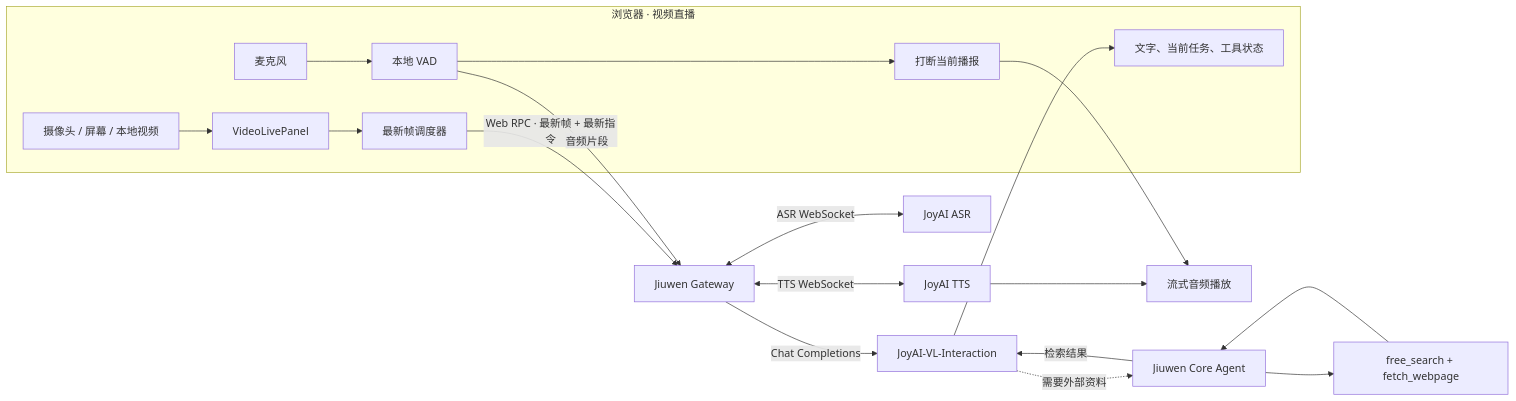
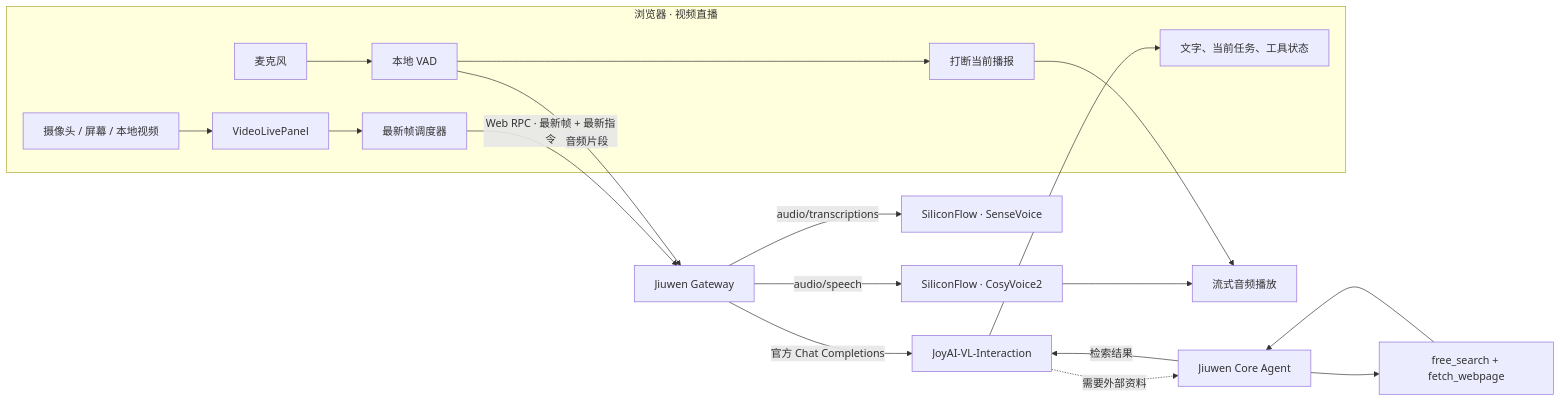
One commit to openJiuwen-ai/jiuwenclaw changed the first of 5 diagrams in docs/zh/视频直播.md. Above: the diagram before and after it, drawn with Mermaid. The commit also changed other lines of this file and 1 other file, not shown here.

Commit message:
docs(video): add JoyAI official API setup

````diff
--- a/docs/zh/视频直播.md
+++ b/docs/zh/视频直播.md
@@ -7,24 +7,24 @@
 ```mermaid
 flowchart LR
     subgraph Browser["浏览器 · 视频直播"]
         Media["摄像头 / 屏幕 / 本地视频"] --> Panel["VideoLivePanel"]
         Mic["麦克风"] --> VAD["本地 VAD"]
         Panel --> Frame["最新帧调度器"]
         VAD --> Interrupt["打断当前播报"]
         UI["文字、当前任务、工具状态"]
     end
 
     Frame -->|"Web RPC · 最新帧 + 最新指令"| Gateway["Jiuwen Gateway"]
     VAD -->|"音频片段"| Gateway
-    Gateway -->|"Chat Completions"| JoyAI["JoyAI-VL-Interaction"]
-    Gateway <-->|"ASR WebSocket"| ASR["JoyAI ASR"]
-    Gateway <-->|"TTS WebSocket"| TTS["JoyAI TTS"]
+    Gateway -->|"官方 Chat Completions"| JoyAI["JoyAI-VL-Interaction"]
+    Gateway -->|"audio/transcriptions"| ASR["SiliconFlow · SenseVoice"]
+    Gateway -->|"audio/speech"| TTS["SiliconFlow · CosyVoice2"]
     JoyAI --> UI
     TTS --> Player["流式音频播放"]
     Interrupt --> Player
 
     JoyAI -. "需要外部资料" .-> Agent["Jiuwen Core Agent"]
     Agent --> Search["free_search + fetch_webpage"]
     Search --> Agent
     Agent -->|"检索结果"| JoyAI
 ```
````
